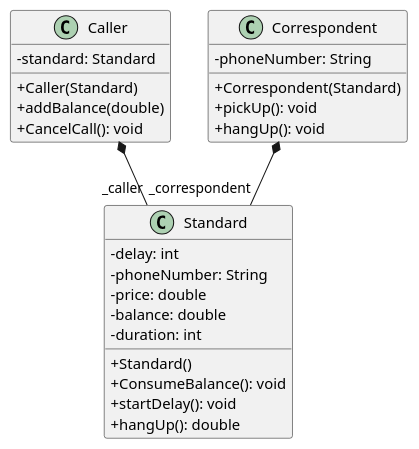
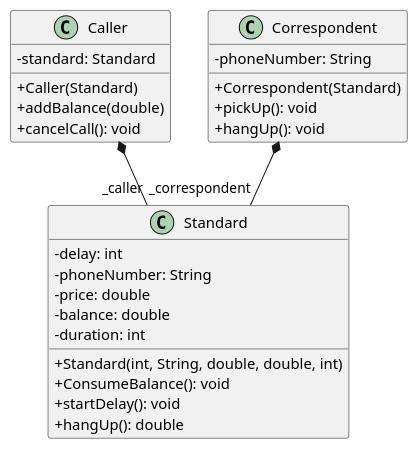
One commit to lpodev/publiphone changed the diagram in Class_Diagram.plantuml. Above: the diagram before and after it, drawn with PlantUML. The commit also changed 2 other files, not shown here.

```diff
--- a/Class_Diagram.plantuml
+++ b/Class_Diagram.plantuml
@@ -1,37 +1,37 @@
 @startuml shopping
 skinparam classAttributeIconSize 0
 
 
 class Standard {
     - delay: int
     - phoneNumber: String 
     - price: double
     - balance: double
     - duration: int
     
-    + Standard()
+    + Standard(int, String, double, double, int)
     + ConsumeBalance(): void
     + startDelay(): void
     + hangUp(): double
 }
 
 
 class Caller {
     - standard: Standard
     + Caller(Standard)
     + addBalance(double)
-    + CancelCall(): void
+    + cancelCall(): void
 }
 
 class Correspondent {
     - phoneNumber: String 
 
     + Correspondent(Standard)
     + pickUp(): void
     + hangUp(): void
 }
 
 Caller *--  "_caller" Standard
 Correspondent *-- "_correspondent" Standard
 
 @enduml
```
